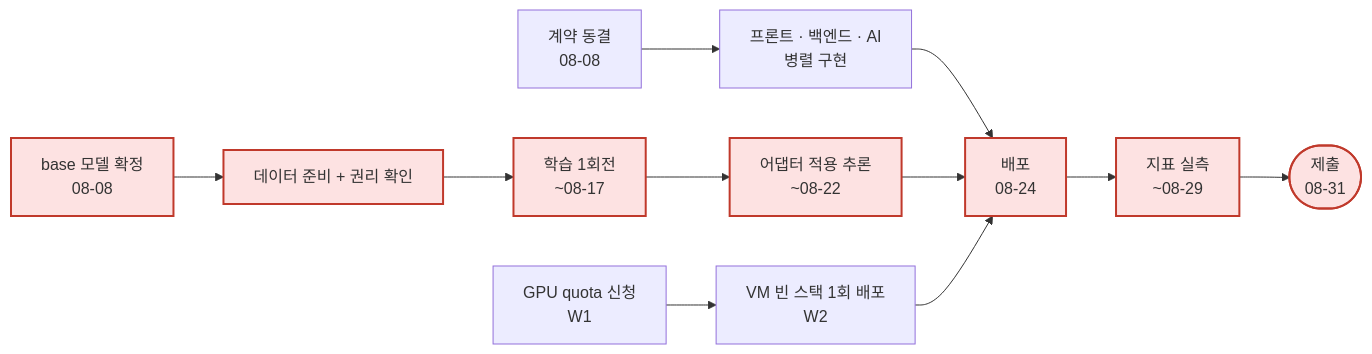
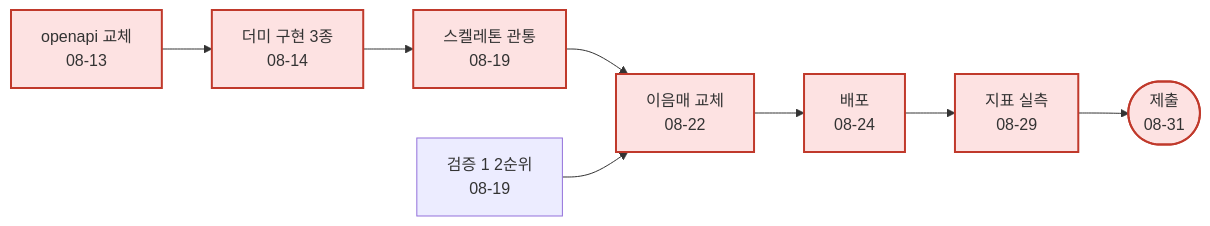
The second of 2 diagrams in docs/역할_일정/00-overall.md (Codeit-AI10-Part4-3Team/AI10-Part4-3Team-Advanced-Project), drawn with Mermaid before and after one commit. The commit also changed other lines of this file and 7 other files, not shown here.

````diff
--- a/docs/역할_일정/00-overall.md
+++ b/docs/역할_일정/00-overall.md
@@ -86,21 +133,17 @@
 ```mermaid
 flowchart LR
-    FREEZE["계약 동결<br/>08-08"]
-    PARA["프론트 · 백엔드 · AI<br/>병렬 구현"]
-    MODEL["base 모델 확정<br/>08-08"]
-    DATA["데이터 준비 + 권리 확인"]
-    TRAIN["학습 1회전<br/>~08-17"]
-    INFER["어댑터 적용 추론<br/>~08-22"]
+    CONTRACT["openapi 교체<br/>08-13"]
+    DUMMY["더미 구현 3종<br/>08-14"]
+    SKEL["스켈레톤 관통<br/>08-19"]
+    V1["검증 1 2순위<br/>08-19"]
+    SWAP["이음매 교체<br/>08-22"]
     DEPLOY["배포<br/>08-24"]
-    MEASURE["지표 실측<br/>~08-29"]
+    MEASURE["지표 실측<br/>08-29"]
     SUBMIT(["제출<br/>08-31"])
-    QUOTA["GPU quota 신청<br/>W1"]
-    VMTEST["VM 빈 스택 1회 배포<br/>W2"]
 
-    FREEZE --> PARA --> DEPLOY
-    MODEL --> DATA --> TRAIN --> INFER --> DEPLOY --> MEASURE --> SUBMIT
-    QUOTA --> VMTEST --> DEPLOY
+    CONTRACT --> DUMMY --> SKEL --> SWAP --> DEPLOY --> MEASURE --> SUBMIT
+    V1 --> SWAP
 
     classDef crit fill:#fde2e2,stroke:#c0392b,stroke-width:2px
-    class MODEL,DATA,TRAIN,INFER,DEPLOY,MEASURE,SUBMIT crit
+    class CONTRACT,DUMMY,SKEL,SWAP,DEPLOY,MEASURE,SUBMIT crit
 ```
````
